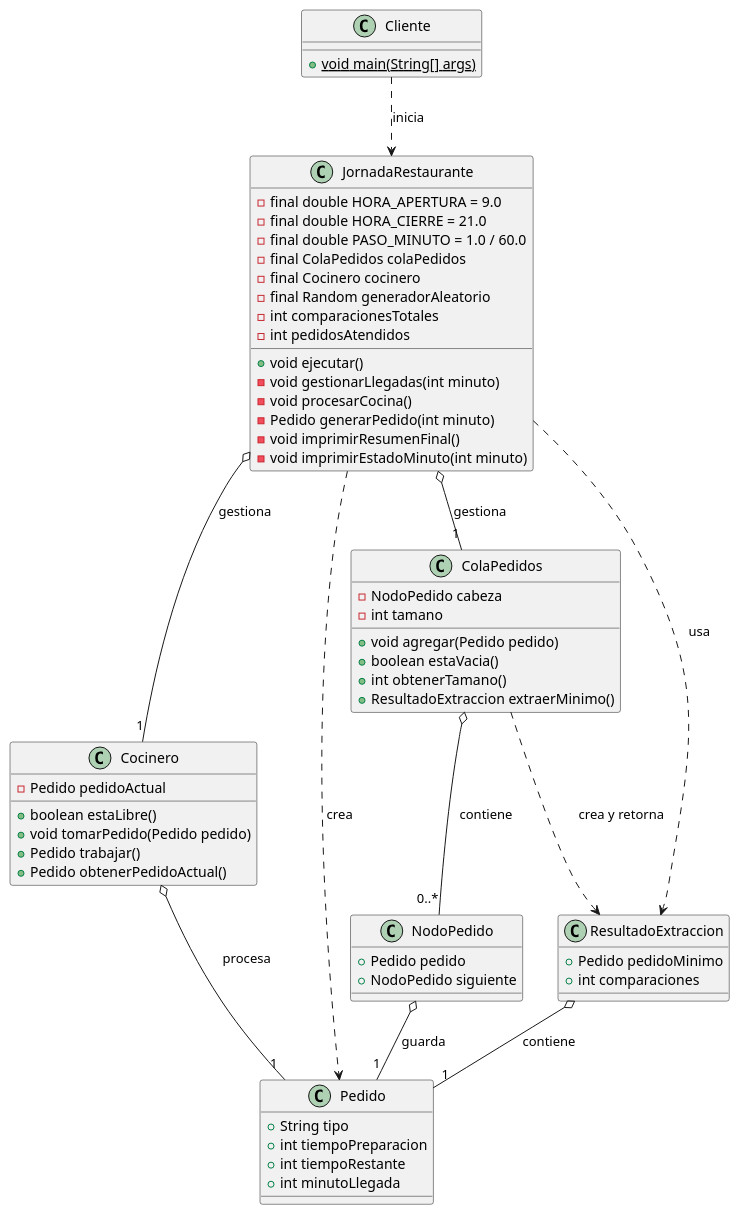
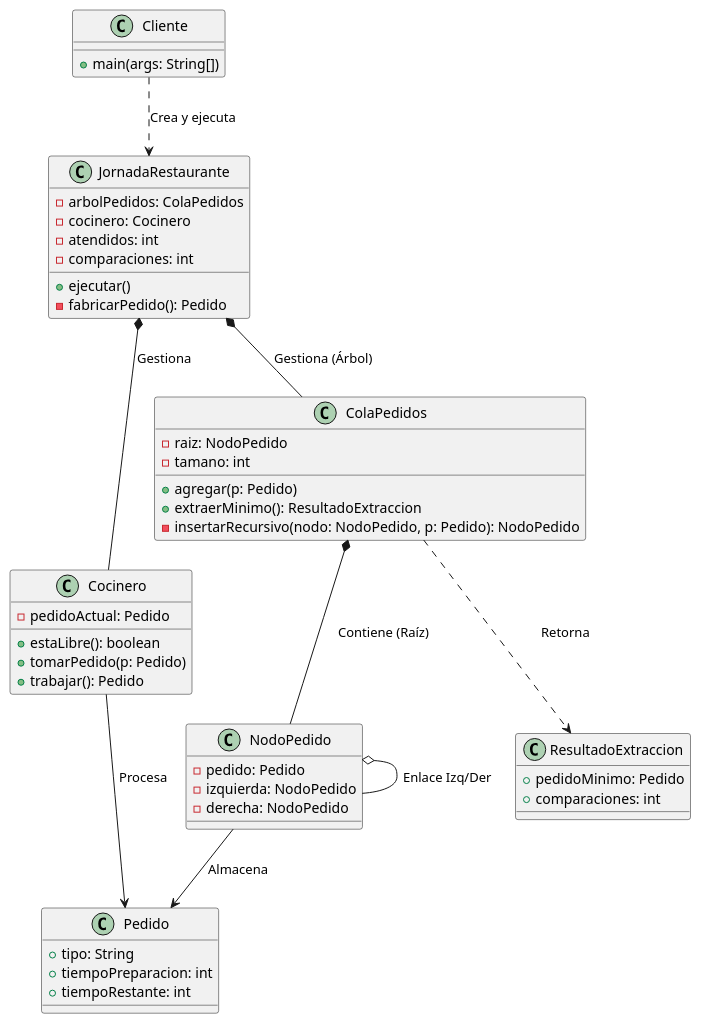
The diagram in entregas/caicedoFernando/documentosUML/Propuesta.puml (mmasias/25-26-EDA1), drawn with PlantUML before and after one commit. The commit also changed 8 other files, not shown here.

```diff
--- a/entregas/caicedoFernando/documentosUML/Propuesta.puml
+++ b/entregas/caicedoFernando/documentosUML/Propuesta.puml
@@ -1,73 +1,57 @@
-@startuml 
+@startuml Propuesta
 
 class Cliente {
-  + {static} void main(String[] args)
+    + main(args: String[])
 }
 
 class JornadaRestaurante {
-  - final double HORA_APERTURA = 9.0
-  - final double HORA_CIERRE = 21.0
-  - final double PASO_MINUTO = 1.0 / 60.0
-  - final ColaPedidos colaPedidos
-  - final Cocinero cocinero
-  - final Random generadorAleatorio
-  - int comparacionesTotales
-  - int pedidosAtendidos
-  
-  + void ejecutar()
-  - void gestionarLlegadas(int minuto)
-  - void procesarCocina()
-  - Pedido generarPedido(int minuto)
-  - void imprimirResumenFinal()
-  - void imprimirEstadoMinuto(int minuto)
+    - arbolPedidos: ColaPedidos
+    - cocinero: Cocinero
+    - atendidos: int
+    - comparaciones: int
+    + ejecutar()
+    - fabricarPedido(): Pedido
 }
 
 class Cocinero {
-  - Pedido pedidoActual
-  + boolean estaLibre()
-  + void tomarPedido(Pedido pedido)
-  + Pedido trabajar()
-  + Pedido obtenerPedidoActual()
+    - pedidoActual: Pedido
+    + estaLibre(): boolean
+    + tomarPedido(p: Pedido)
+    + trabajar(): Pedido
+}
+
+class ColaPedidos {
+    - raiz: NodoPedido
+    - tamano: int
+    + agregar(p: Pedido)
+    + extraerMinimo(): ResultadoExtraccion
+    - insertarRecursivo(nodo: NodoPedido, p: Pedido): NodoPedido
+}
+
+class NodoPedido {
+    - pedido: Pedido
+    - izquierda: NodoPedido
+    - derecha: NodoPedido
 }
 
 class Pedido {
-  + String tipo
-  + int tiempoPreparacion
-  + int tiempoRestante
-  + int minutoLlegada
-}
-
-class ColaPedidos {
-  - NodoPedido cabeza
-  - int tamano
-  + void agregar(Pedido pedido)
-  + boolean estaVacia()
-  + int obtenerTamano()
-  + ResultadoExtraccion extraerMinimo()
-}
-
-class NodoPedido {
-  + Pedido pedido
-  + NodoPedido siguiente
+    + tipo: String
+    + tiempoPreparacion: int
+    + tiempoRestante: int
 }
 
 class ResultadoExtraccion {
-  + Pedido pedidoMinimo
-  + int comparaciones
+    + pedidoMinimo: Pedido
+    + comparaciones: int
 }
 
-Cliente ..> JornadaRestaurante : "inicia"
+Cliente ..> JornadaRestaurante : Crea y ejecuta
+JornadaRestaurante *-- ColaPedidos : Gestiona (Árbol)
+JornadaRestaurante *-- Cocinero : Gestiona
+ColaPedidos *-- NodoPedido : Contiene (Raíz)
+NodoPedido o-- NodoPedido : Enlace Izq/Der
+NodoPedido --> Pedido : Almacena
+Cocinero --> Pedido : Procesa
+ColaPedidos ..> ResultadoExtraccion : Retorna
 
-JornadaRestaurante o-- "1" Cocinero : "gestiona"
-JornadaRestaurante o-- "1" ColaPedidos : "gestiona"
-JornadaRestaurante ..> Pedido : "crea"
-JornadaRestaurante ..> ResultadoExtraccion : "usa"
-
-Cocinero o-- "1" Pedido : "procesa"
-
-ColaPedidos o-- "0..*" NodoPedido : "contiene"
-NodoPedido o-- "1" Pedido : "guarda"
-
-ColaPedidos ..> ResultadoExtraccion : "crea y retorna"
-ResultadoExtraccion o-- "1" Pedido : "contiene"
 @enduml
```
